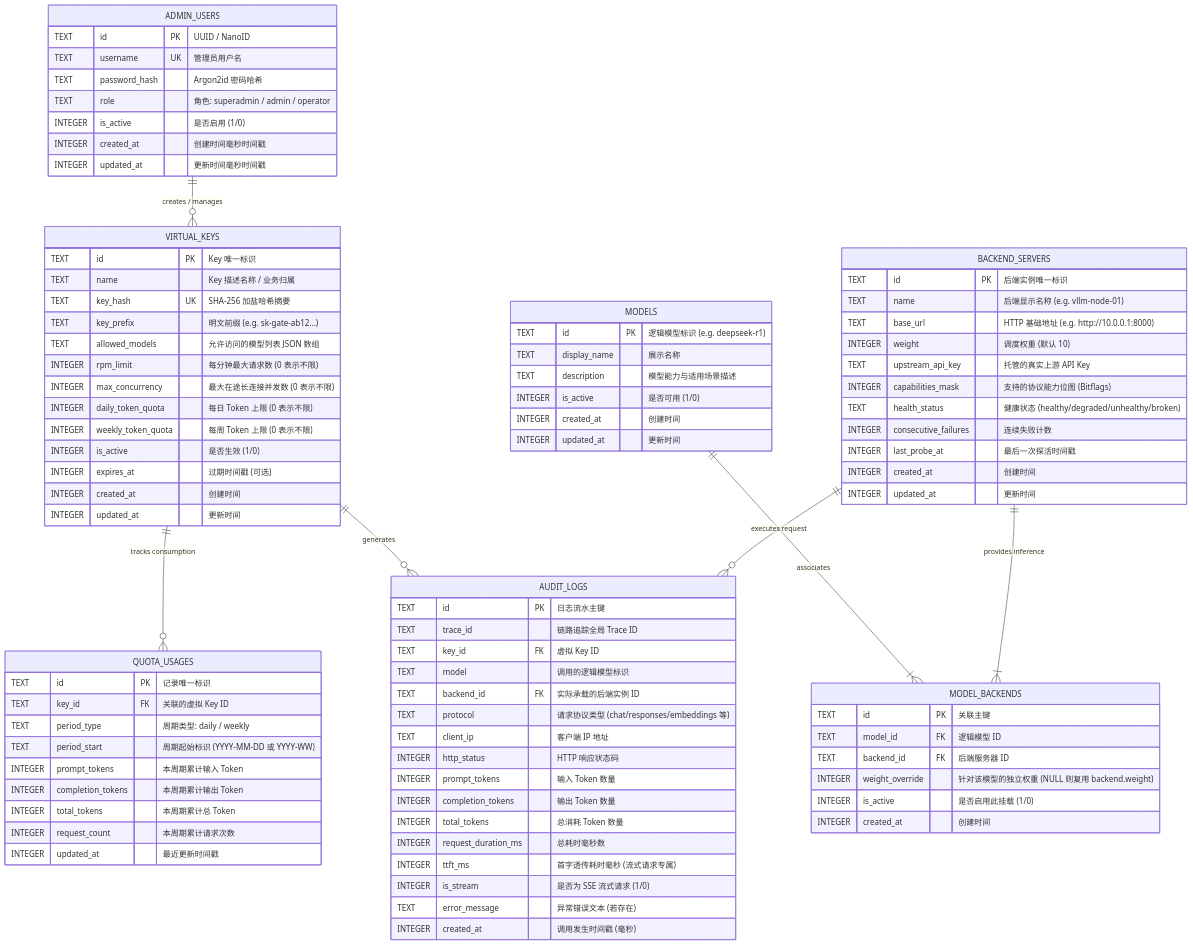
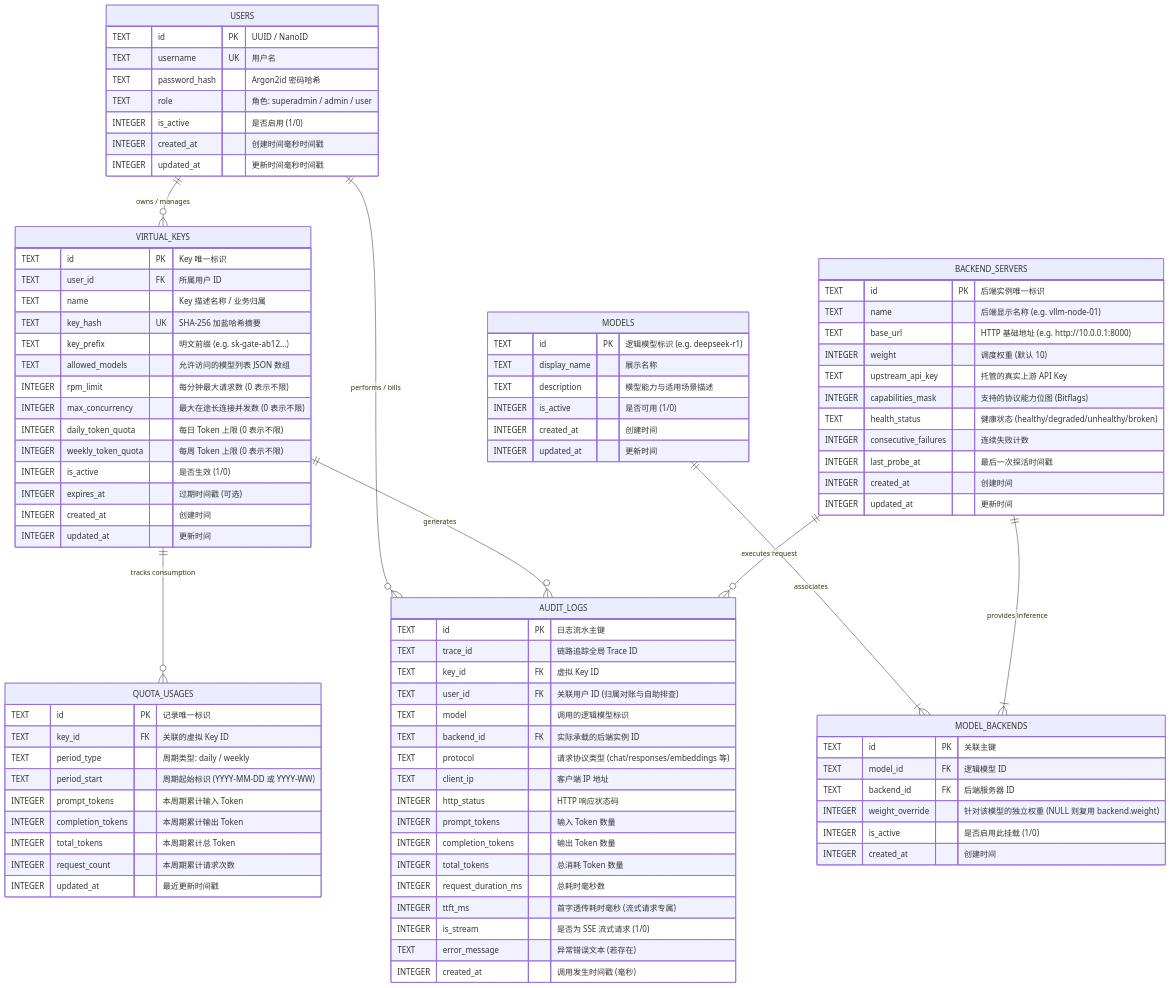
The second of 4 diagrams in docs/02-design/02-storage-and-models.md (fugui/rs-gate), drawn with Mermaid before and after one commit. The commit also changed other lines of this file and 4 other files, not shown here.

Commit message:
docs(design): refactor admin_users to users and support developer self-service model

````diff
--- a/docs/02-design/02-storage-and-models.md
+++ b/docs/02-design/02-storage-and-models.md
@@ -77,17 +77,18 @@
 ```mermaid
 erDiagram
-    ADMIN_USERS ||--o{ VIRTUAL_KEYS : "creates / manages"
+    USERS ||--o{ VIRTUAL_KEYS : "owns / manages"
+    USERS ||--o{ AUDIT_LOGS : "performs / bills"
     VIRTUAL_KEYS ||--o{ QUOTA_USAGES : "tracks consumption"
     VIRTUAL_KEYS ||--o{ AUDIT_LOGS : "generates"
     MODELS ||--|{ MODEL_BACKENDS : "associates"
     BACKEND_SERVERS ||--|{ MODEL_BACKENDS : "provides inference"
     BACKEND_SERVERS ||--o{ AUDIT_LOGS : "executes request"
 
-    ADMIN_USERS {
+    USERS {
         TEXT id PK "UUID / NanoID"
-        TEXT username UK "管理员用户名"
+        TEXT username UK "用户名"
         TEXT password_hash "Argon2id 密码哈希"
-        TEXT role "角色: superadmin / admin / operator"
+        TEXT role "角色: superadmin / admin / user"
         INTEGER is_active "是否启用 (1/0)"
         INTEGER created_at "创建时间毫秒时间戳"
         INTEGER updated_at "更新时间毫秒时间戳"
@@ -95,6 +96,7 @@
 
     VIRTUAL_KEYS {
         TEXT id PK "Key 唯一标识"
+        TEXT user_id FK "所属用户 ID"
         TEXT name "Key 描述名称 / 业务归属"
         TEXT key_hash UK "SHA-256 加盐哈希摘要"
         TEXT key_prefix "明文前缀 (e.g. sk-gate-ab12...)"
@@ -157,6 +159,7 @@
         TEXT id PK "日志流水主键"
         TEXT trace_id "链路追踪全局 Trace ID"
         TEXT key_id FK "虚拟 Key ID"
+        TEXT user_id FK "关联用户 ID (归属对账与自助排查)"
         TEXT model "调用的逻辑模型标识"
         TEXT backend_id FK "实际承载的后端实例 ID"
         TEXT protocol "请求协议类型 (chat/responses/embeddings 等)"
````
